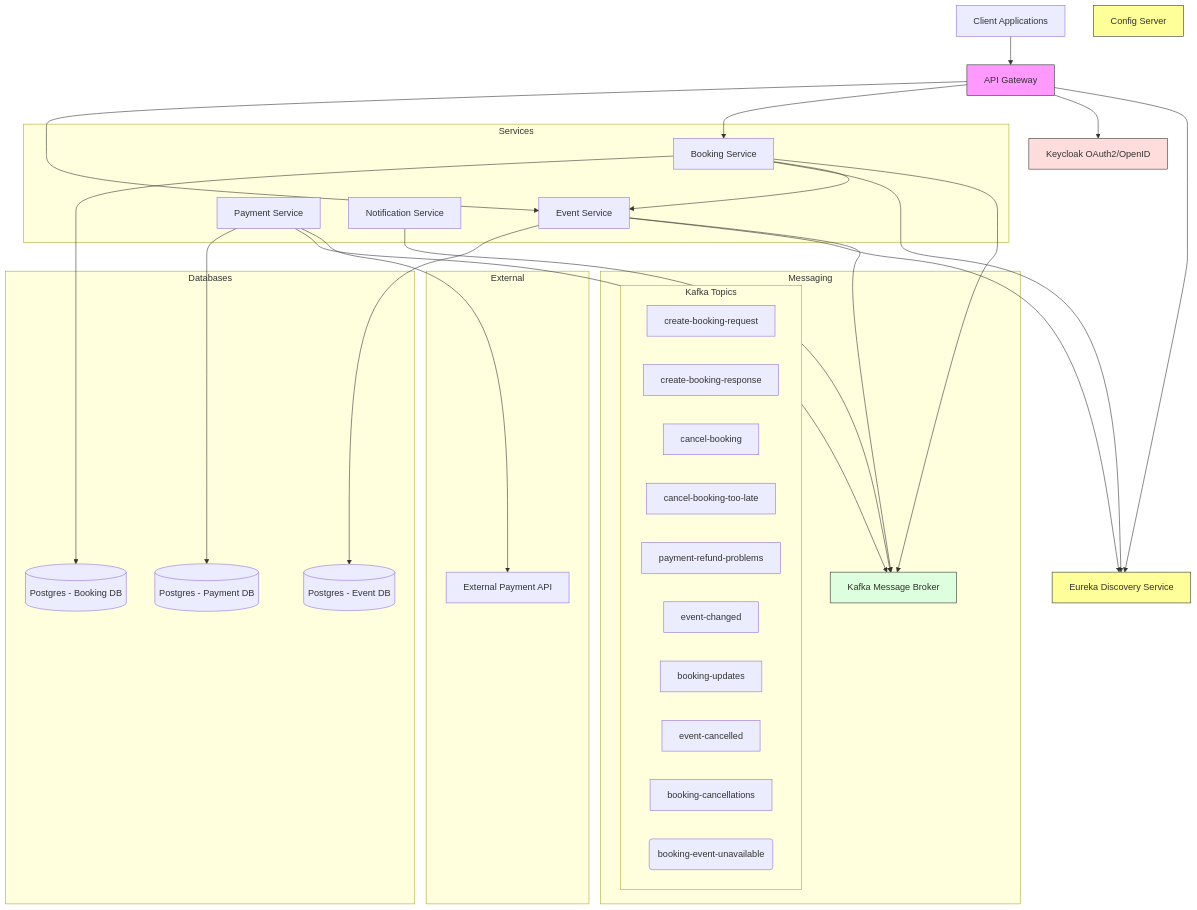
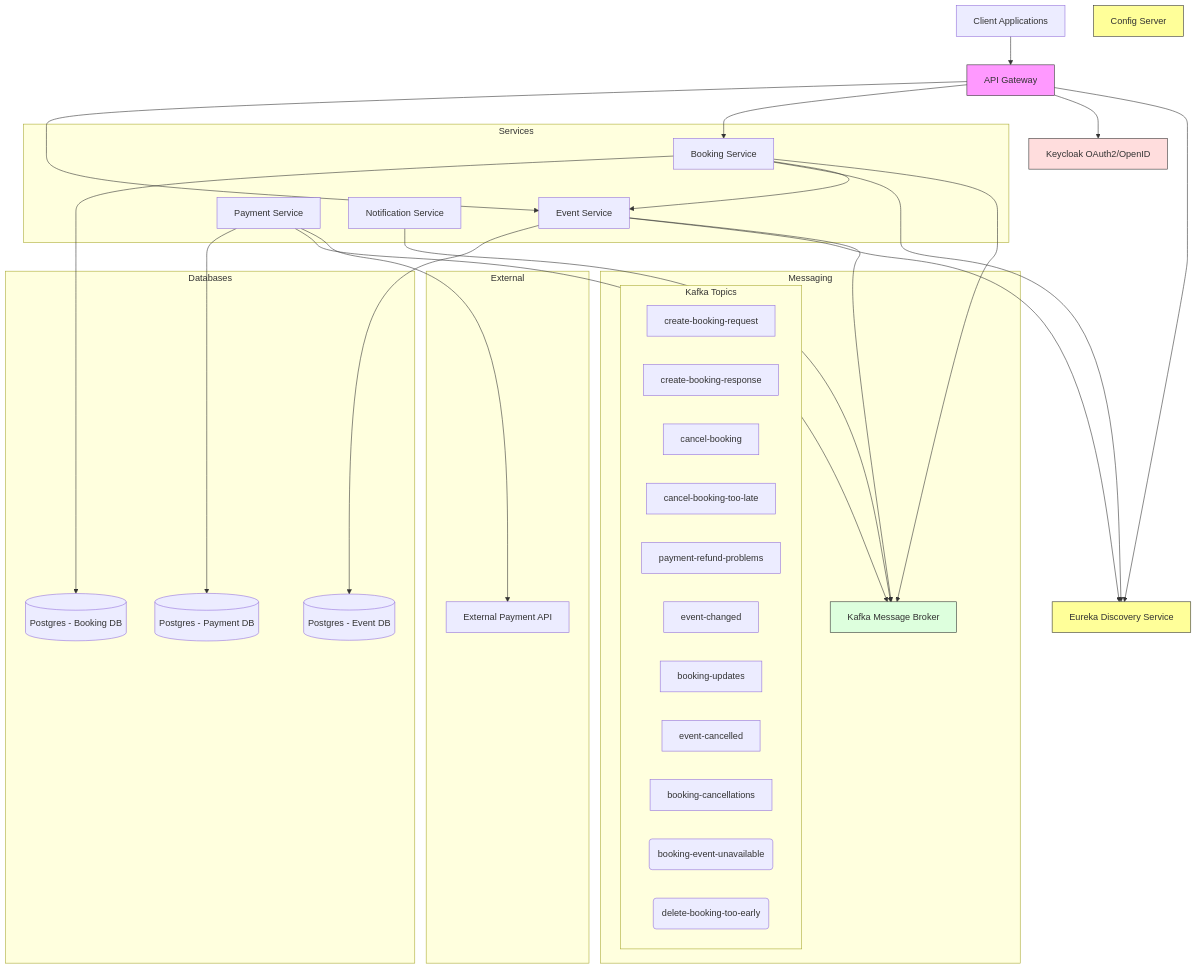
The diagram in system-architecture.mermaid (piper1970/event-booking-microservice), drawn with Mermaid before and after one commit. The commit also changed 4 other files, not shown here.

Commit message:
added channel for adming booking delete scenario

```diff
--- a/system-architecture.mermaid
+++ b/system-architecture.mermaid
@@ -1,69 +1,70 @@
 graph TB
     Client[Client Applications]
     Gateway[API Gateway]
     Config[Config Server]
     Eureka[Eureka Discovery Service]
     Keycloak[Keycloak OAuth2/OpenID]
     
     subgraph Services
         EventService[Event Service]
         BookingService[Booking Service]
         PaymentService[Payment Service]
         NotificationService[Notification Service]
     end
     
     subgraph Databases
         EventDB[(Postgres - Event DB)]
         BookingDB[(Postgres - Booking DB)]
         PaymentDB[(Postgres - Payment DB)]
     end
     
     subgraph Messaging
         Kafka[Kafka Message Broker]
         
         subgraph Kafka Topics
             topic1[create-booking-request]
             topic2[create-booking-response]
             topic3[cancel-booking]
             topic4[cancel-booking-too-late]
             topic5[payment-refund-problems]
             topic6[event-changed]
             topic7[booking-updates]
             topic8[event-cancelled]
             topic9[booking-cancellations]
             topic10(booking-event-unavailable)
+            topic11(delete-booking-too-early)
         end
     end
     
     subgraph External
         PaymentAPI[External Payment API]
     end
     
     Client --> Gateway
     Gateway --> EventService
     Gateway --> BookingService
     
     Gateway --> Keycloak
     
     EventService --> EventDB
     BookingService --> BookingDB
     PaymentService --> PaymentDB
     
     EventService --> Eureka
     BookingService --> Eureka
     Gateway --> Eureka
     
     BookingService --> EventService
     
     BookingService --> Kafka
     PaymentService --> Kafka
     NotificationService --> Kafka
     EventService --> Kafka
     
     PaymentService --> PaymentAPI
     
     style Gateway fill:#f9f,stroke:#333
     style Eureka fill:#ff9,stroke:#333
     style Config fill:#ff9,stroke:#333
     style Kafka fill:#dfd,stroke:#333
     style Keycloak fill:#fdd,stroke:#333
```
